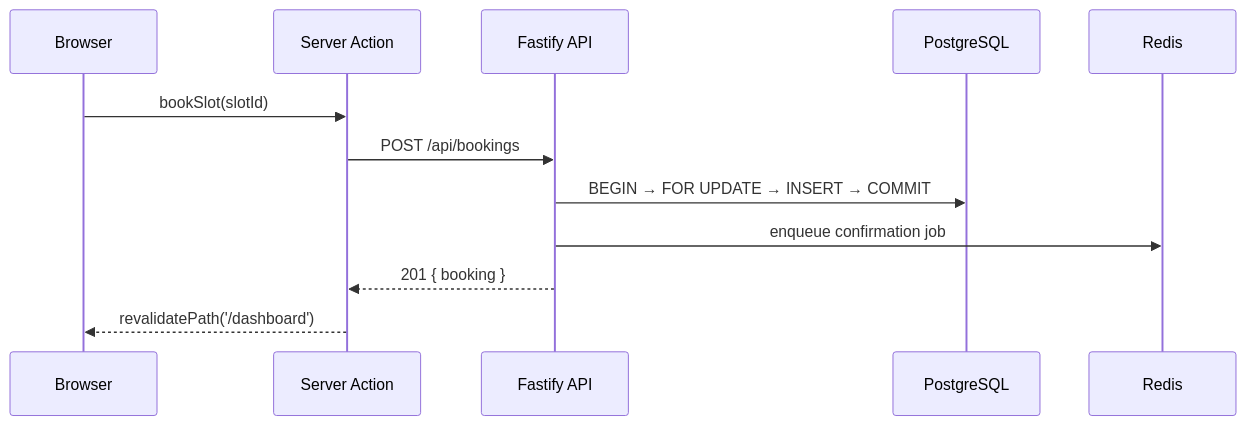
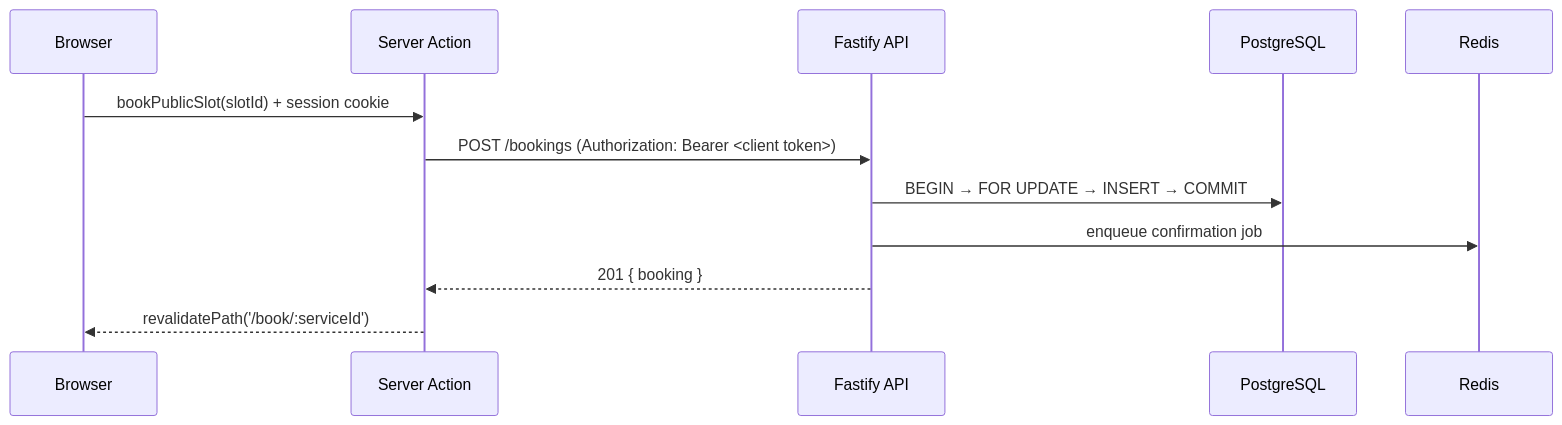
Before and after one commit to BrenoNery/real-time-scheduling-platform: the seventh of 9 diagrams in ARCHITECTURE.md, drawn with Mermaid. The commit also changed other lines of this file and 34 other files, not shown here.

````diff
--- a/ARCHITECTURE.md
+++ b/ARCHITECTURE.md
@@ -389,15 +389,15 @@
 ```mermaid
 sequenceDiagram
     participant Browser
     participant SA as Server Action
     participant API as Fastify API
     participant PG as PostgreSQL
     participant Redis as Redis
 
-    Browser->>SA: bookSlot(slotId)
-    SA->>API: POST /api/bookings
+    Browser->>SA: bookPublicSlot(slotId) + session cookie
+    SA->>API: POST /bookings (Authorization: Bearer <client token>)
     API->>PG: BEGIN → FOR UPDATE → INSERT → COMMIT
     API->>Redis: enqueue confirmation job
     API-->>SA: 201 { booking }
-    SA-->>Browser: revalidatePath('/dashboard')
+    SA-->>Browser: revalidatePath('/book/:serviceId')
 ```
````
